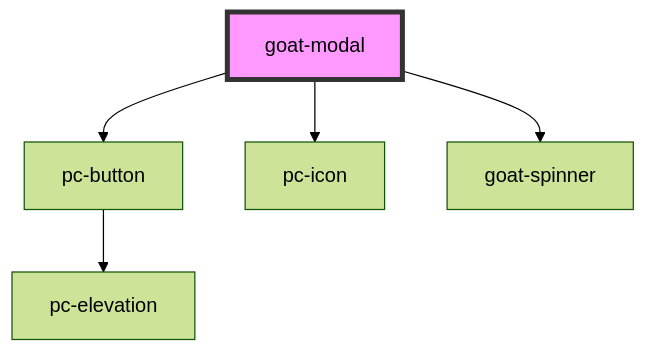
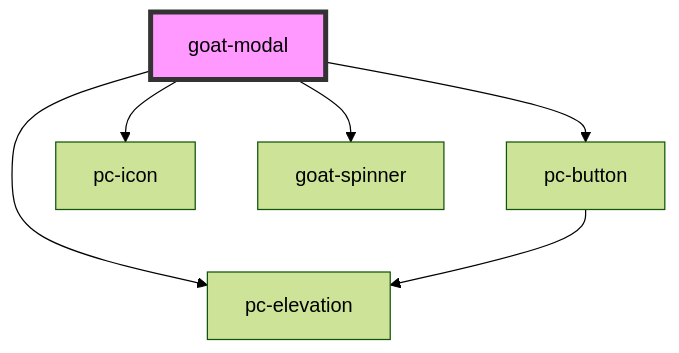
The diagram in src/components/modal/modal/readme.md (redvars/peacock), drawn with Mermaid (forest theme) before and after one commit. The commit also changed other lines of this file and 110 other files, not shown here.

````diff
--- a/src/components/modal/modal/readme.md
+++ b/src/components/modal/modal/readme.md
@@ -37,8 +38,9 @@
 ```mermaid
 graph TD;
+  goat-modal --> pc-elevation
   goat-modal --> pc-button
   goat-modal --> pc-icon
   goat-modal --> goat-spinner
   pc-button --> pc-elevation
   style goat-modal fill:#f9f,stroke:#333,stroke-width:4px
 ```
````
